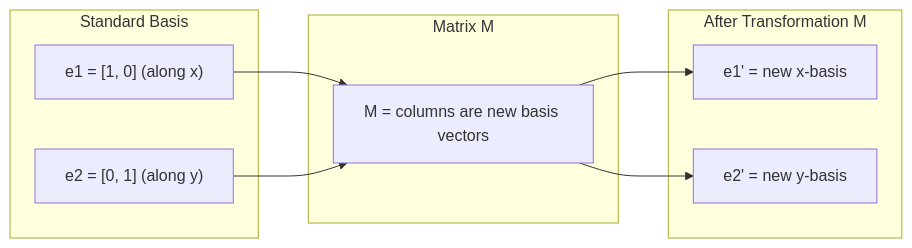
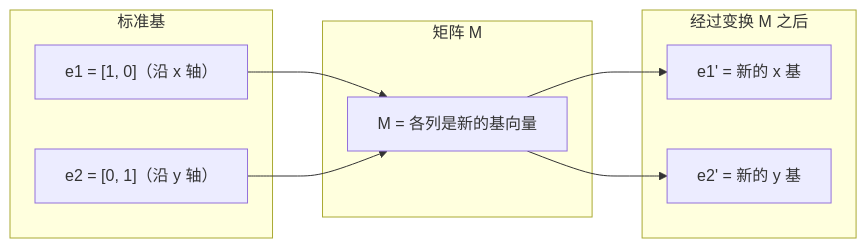
Before and after one commit to JerryC8080/ai-engineering-from-scratch-zh: the first of 7 diagrams in phases/01-math-foundations/03-matrix-transformations/docs/zh.md, drawn with Mermaid. The commit also changed other lines of this file and 156 other files, not shown here.

First line of the commit message:
i18n(zh): translate mermaid diagram labels in 157 lesson zh.md

````diff
--- a/phases/01-math-foundations/03-matrix-transformations/docs/zh.md
+++ b/phases/01-math-foundations/03-matrix-transformations/docs/zh.md
@@ -31,16 +31,16 @@
 ```mermaid
 graph LR
-    subgraph Before["Standard Basis"]
-        e1["e1 = [1, 0] (along x)"]
-        e2["e2 = [0, 1] (along y)"]
+    subgraph Before["标准基"]
+        e1["e1 = [1, 0]（沿 x 轴）"]
+        e2["e2 = [0, 1]（沿 y 轴）"]
     end
-    subgraph Transform["Matrix M"]
-        M["M = columns are new basis vectors"]
+    subgraph Transform["矩阵 M"]
+        M["M = 各列是新的基向量"]
     end
-    subgraph After["After Transformation M"]
-        e1p["e1' = new x-basis"]
-        e2p["e2' = new y-basis"]
+    subgraph After["经过变换 M 之后"]
+        e1p["e1' = 新的 x 基"]
+        e2p["e2' = 新的 y 基"]
     end
     e1 --> M --> e1p
     e2 --> M --> e2p
 ```
````
